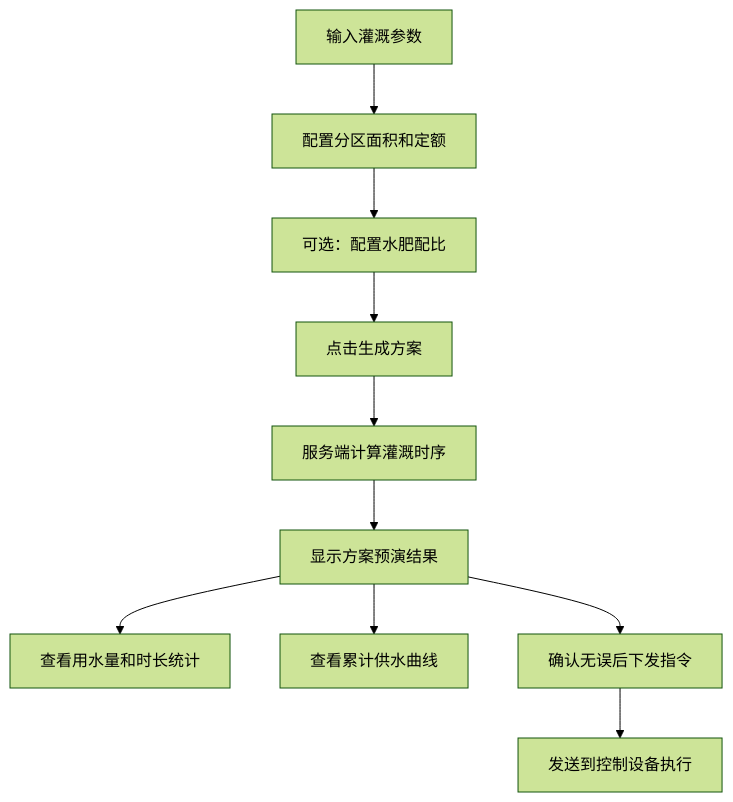
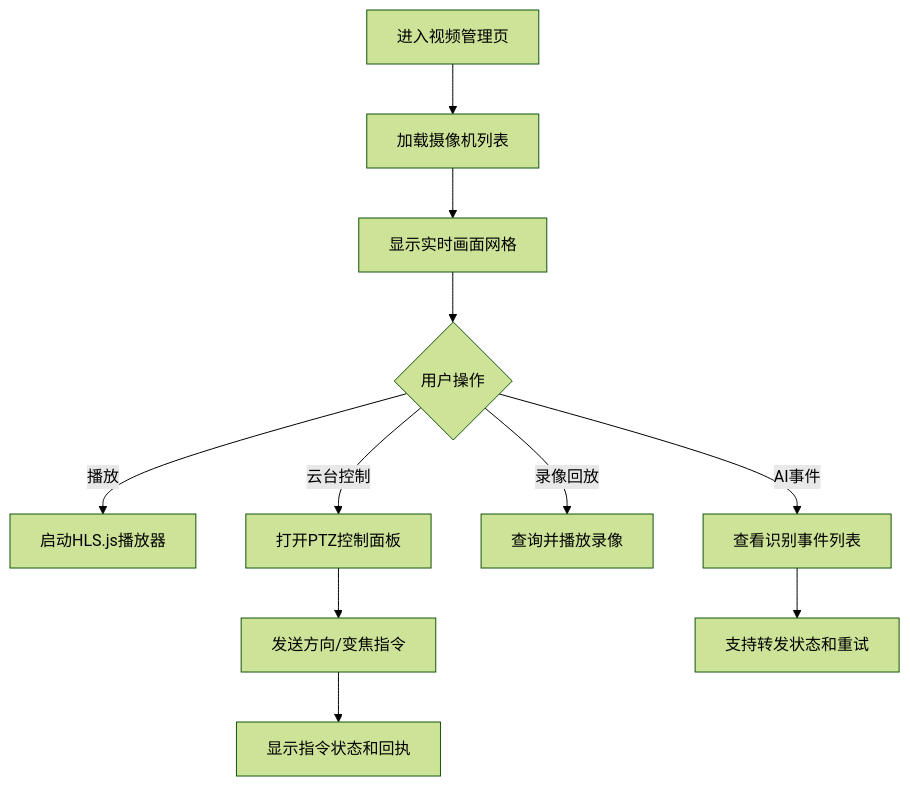
The fifth of 8 diagrams in .qoder/repowiki/zh/content/前端应用文档/前端应用文档.md (q446328246/agri-platform), drawn with Mermaid (forest theme) before and after one commit. The commit also changed other lines of this file and 52 other files, not shown here.

````diff
--- a/.qoder/repowiki/zh/content/前端应用文档/前端应用文档.md
+++ b/.qoder/repowiki/zh/content/前端应用文档/前端应用文档.md
@@ -324,12 +311,13 @@
 ```mermaid
 flowchart TD
-A["输入灌溉参数"] --> B["配置分区面积和定额"]
-B --> C["可选：配置水肥配比"]
-C --> D["点击生成方案"]
-D --> E["服务端计算灌溉时序"]
-E --> F["显示方案预演结果"]
-F --> G["查看用水量和时长统计"]
-F --> H["查看累计供水曲线"]
-F --> I["确认无误后下发指令"]
-I --> J["发送到控制设备执行"]
+A["进入视频管理页"] --> B["加载摄像机列表"]
+B --> C["显示实时画面网格"]
+C --> D{"用户操作"}
+D --> |播放| E["启动HLS.js播放器"]
+D --> |云台控制| F["打开PTZ控制面板"]
+D --> |录像回放| G["查询并播放录像"]
+D --> |AI事件| H["查看识别事件列表"]
+F --> I["发送方向/变焦指令"]
+I --> J["显示指令状态和回执"]
+H --> K["支持转发状态和重试"]
 ```
````
